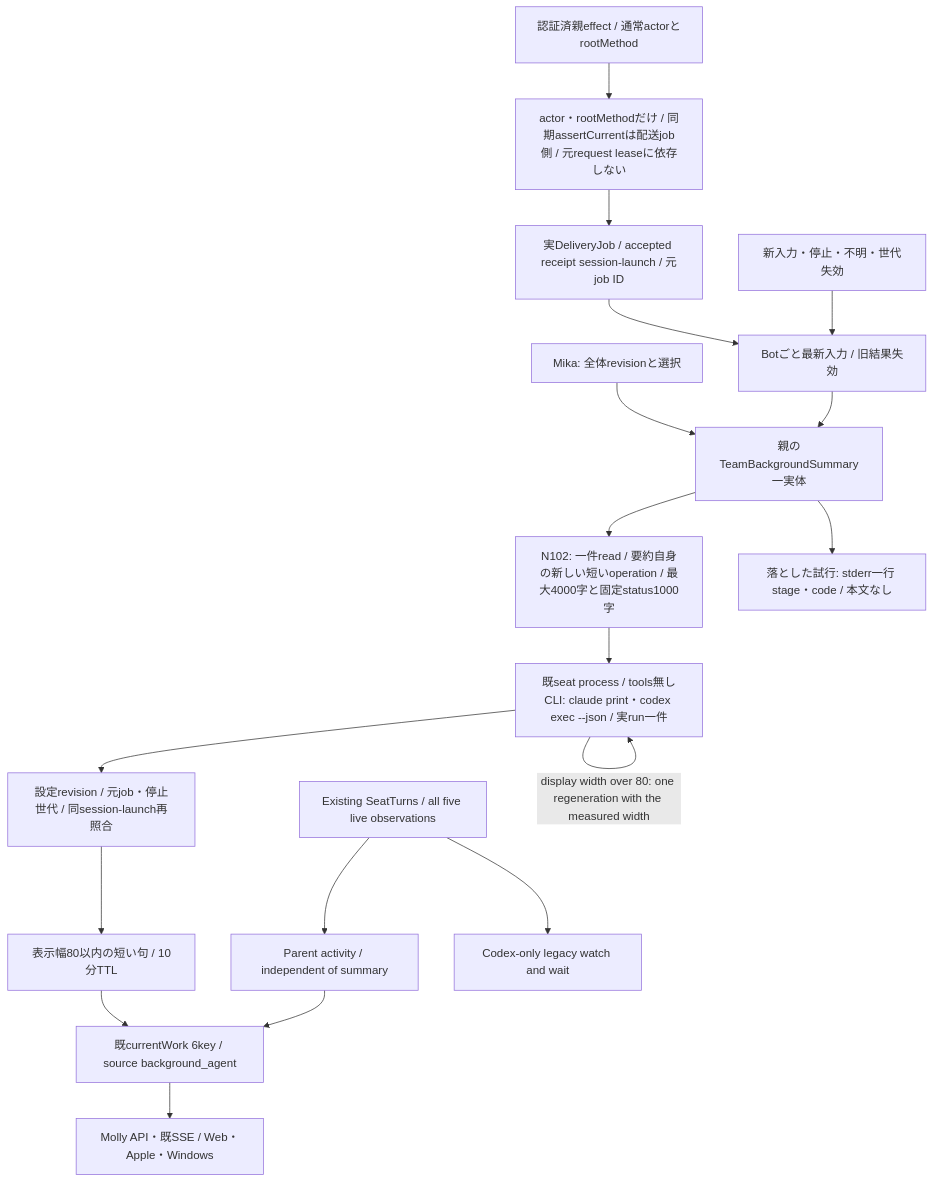
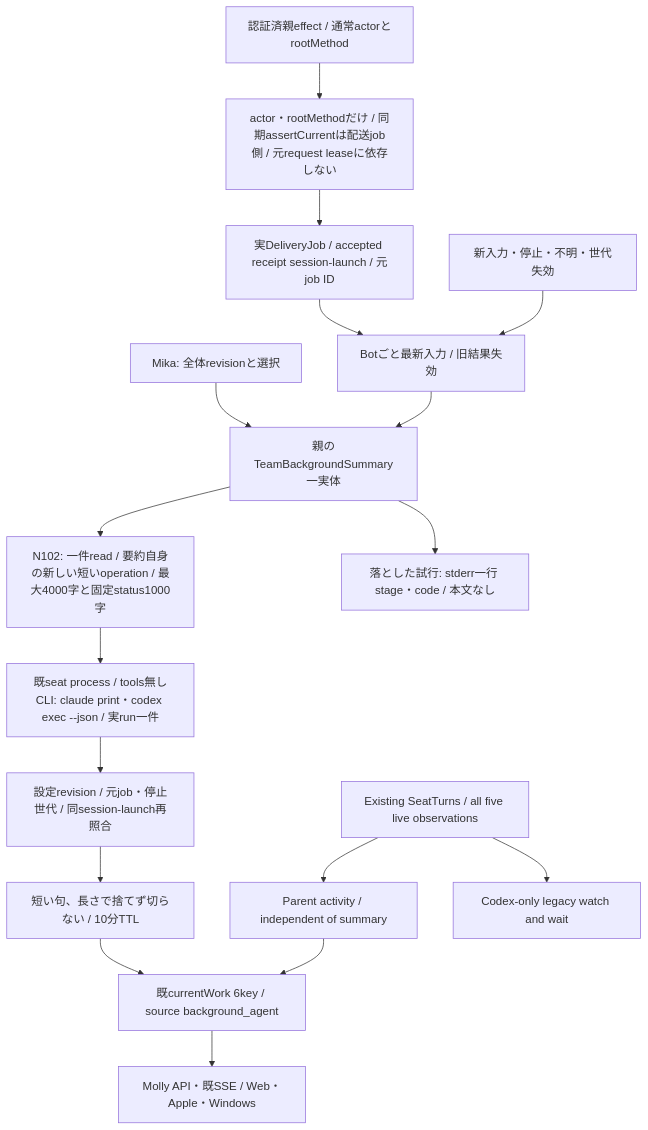
Before and after one commit to kitepon/BellTeam: the first of 3 diagrams in docs/architecture/modules/execution/current-work.md, drawn with Mermaid. The commit also changed other lines of this file and 3 other files, not shown here.

````diff
--- a/docs/architecture/modules/execution/current-work.md
+++ b/docs/architecture/modules/execution/current-work.md
@@ -5,20 +5,19 @@
 ```mermaid
 flowchart TD
   Settings[Mika: 全体revisionと選択] --> Worker[親のTeamBackgroundSummary一実体]
   Effect[認証済親effect / 通常actorとrootMethod] --> Authority[actor・rootMethodだけ / 同期assertCurrentは配送job側 / 元request leaseに依存しない]
   Authority --> Job[実DeliveryJob / accepted receipt session-launch / 元job ID]
   Job --> Latest[Botごと最新入力 / 旧結果失効]
   Latest --> Worker
   Worker --> Reader[N102: 一件read / 要約自身の新しい短いoperation / 最大4000字と固定status1000字]
   Reader --> Runner[既seat process / tools無しCLI: claude print・codex exec --json / 実run一件]
   Runner --> Check[設定revision / 元job・停止世代 / 同session-launch再照合]
-  Runner -->|"display width over 80: one regeneration with the measured width"| Runner
-  Check --> Memory[表示幅80以内の短い句 / 10分TTL]
+  Check --> Memory[短い句、長さで捨てず切らない / 10分TTL]
   Worker --> Drop[落とした試行: stderr一行 stage・code / 本文なし]
   Native[Existing SeatTurns / all five live observations] --> State[Parent activity / independent of summary]
   Native --> Legacy[Codex-only legacy watch and wait]
   Memory --> DTO[既currentWork 6key / source background_agent]
   State --> DTO
   DTO --> Public[Molly API・既SSE / Web・Apple・Windows]
   End[新入力・停止・不明・世代失効] --> Latest
 ```
````
